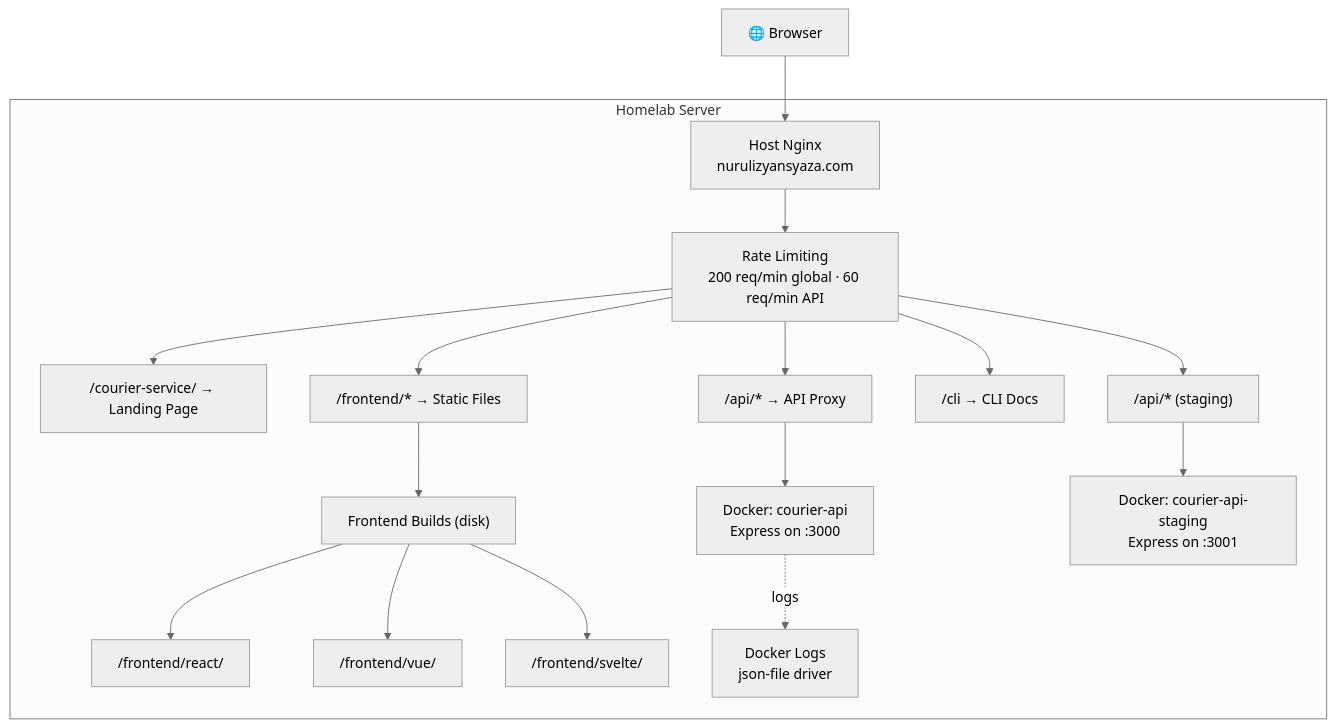
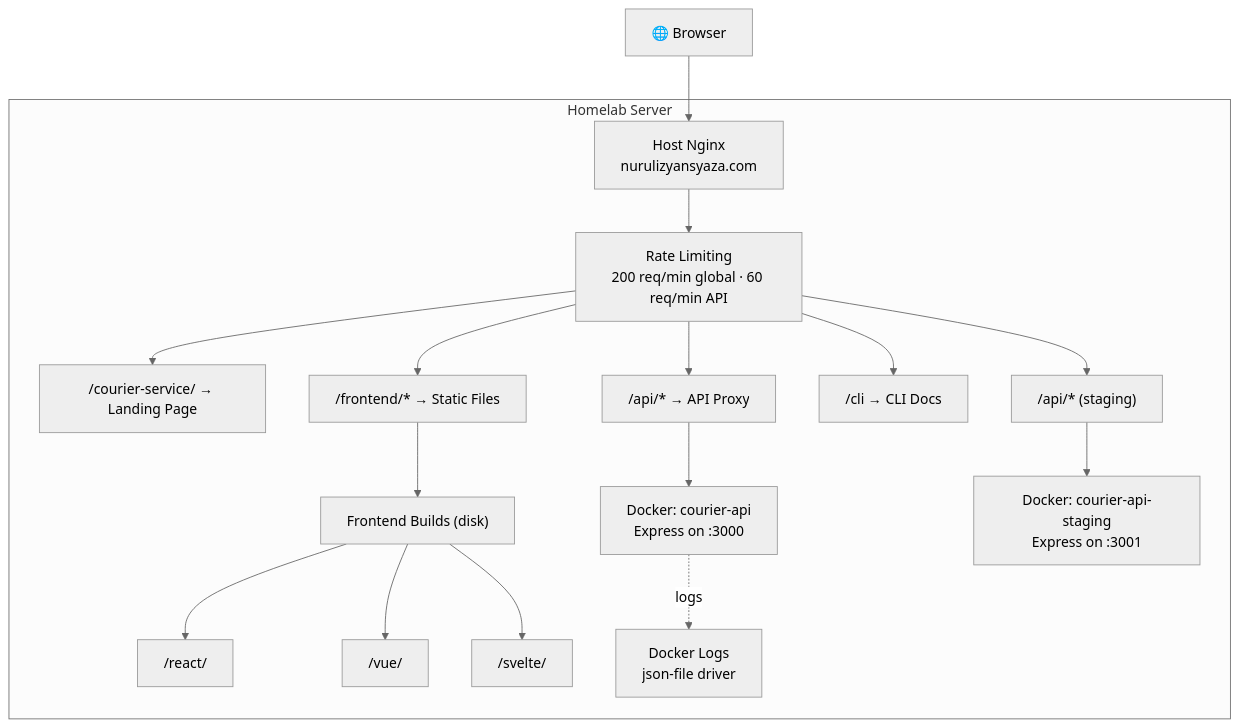
One commit to nurulizyansyaza/courier-service changed the fifth of 6 diagrams in ARCHITECTURE.md. Above: the diagram before and after it, drawn with Mermaid (neutral theme). The commit also changed other lines of this file and 1 other file, not shown here.

````diff
--- a/ARCHITECTURE.md
+++ b/ARCHITECTURE.md
@@ -128,24 +128,24 @@
 ```mermaid
 graph TB
     Browser["🌐 Browser"] --> HostNginx["Host Nginx<br/>nurulizyansyaza.com"]
 
     subgraph Homelab["Homelab Server"]
         HostNginx --> RateLimit["Rate Limiting<br/>200 req/min global · 60 req/min API"]
 
         RateLimit --> Landing["/courier-service/ → Landing Page"]
         RateLimit --> ApiRoute["/api/* → API Proxy"]
         RateLimit --> FERoute["/frontend/* → Static Files"]
         RateLimit --> CLIRoute["/cli → CLI Docs"]
 
         FERoute --> FrontendFiles["Frontend Builds (disk)"]
-        FrontendFiles --> React["/frontend/react/"]
-        FrontendFiles --> Vue["/frontend/vue/"]
-        FrontendFiles --> Svelte["/frontend/svelte/"]
+        FrontendFiles --> React["/react/"]
+        FrontendFiles --> Vue["/vue/"]
+        FrontendFiles --> Svelte["/svelte/"]
 
         ApiRoute --> API["Docker: courier-api<br/>Express on :3000"]
         RateLimit --> StagingAPI["/api/* (staging)"]
         StagingAPI --> APIStaging["Docker: courier-api-staging<br/>Express on :3001"]
 
         API -.->|"logs"| Logs["Docker Logs<br/>json-file driver"]
     end
 ```
````
